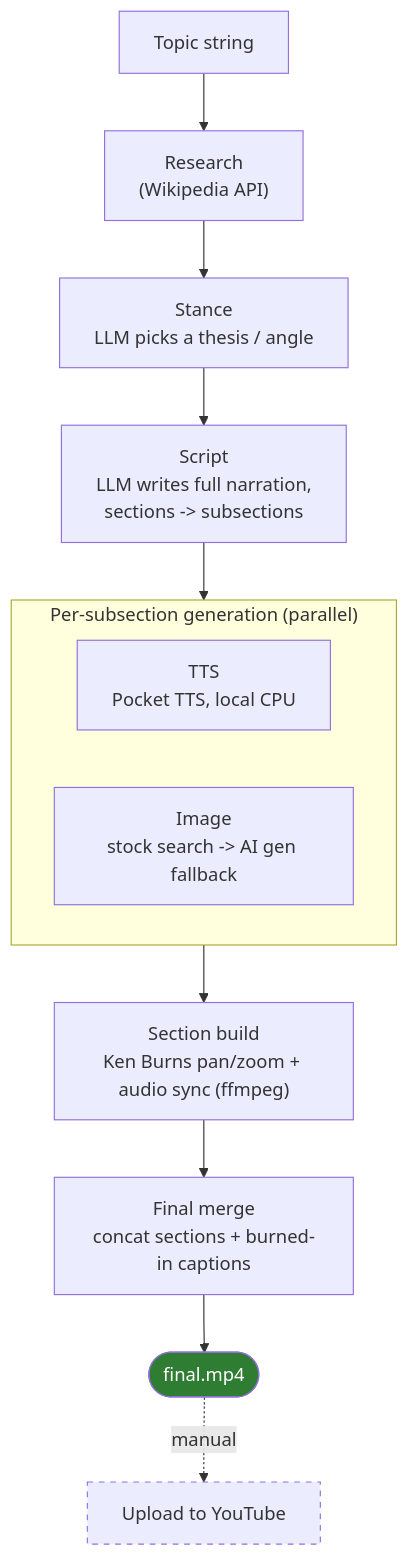
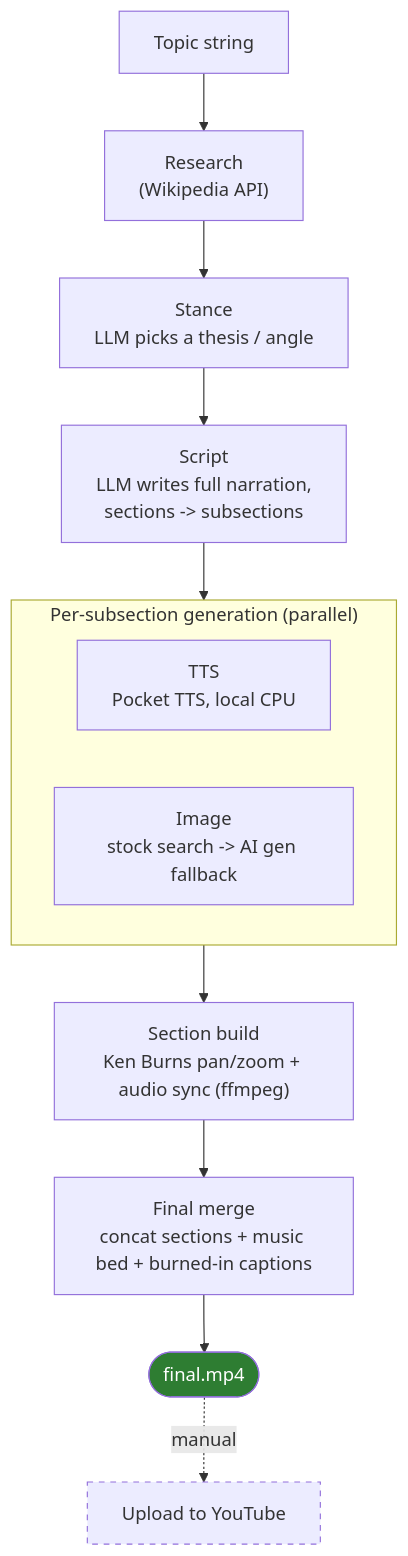
Before and after one commit to kmamine/YT_essay_Gen: the first of 3 diagrams in README.md, drawn with Mermaid. The commit also changed other lines of this file and 25 other files, not shown here.

First line of the commit message:
Add Freesound music bed, aspect-preserving image fill, README demo

````diff
--- a/README.md
+++ b/README.md
@@ -15,21 +24,21 @@
 ```mermaid
 flowchart TD
     A["Topic string"] --> B["Research\n(Wikipedia API)"]
     B --> C["Stance\nLLM picks a thesis / angle"]
     C --> D["Script\nLLM writes full narration,\nsections -> subsections"]
     D --> E["Per-subsection generation"]
 
     subgraph E["Per-subsection generation (parallel)"]
         direction LR
         E1["TTS\nPocket TTS, local CPU"]
         E2["Image\nstock search -> AI gen fallback"]
     end
 
     E --> F["Section build\nKen Burns pan/zoom + audio sync (ffmpeg)"]
-    F --> G["Final merge\nconcat sections + burned-in captions"]
+    F --> G["Final merge\nconcat sections + music bed + burned-in captions"]
     G --> H(["final.mp4"])
     H -.manual.-> I["Upload to YouTube"]
 
     style H fill:#2e7d32,color:#fff
     style I stroke-dasharray: 5 5
 ```
````
